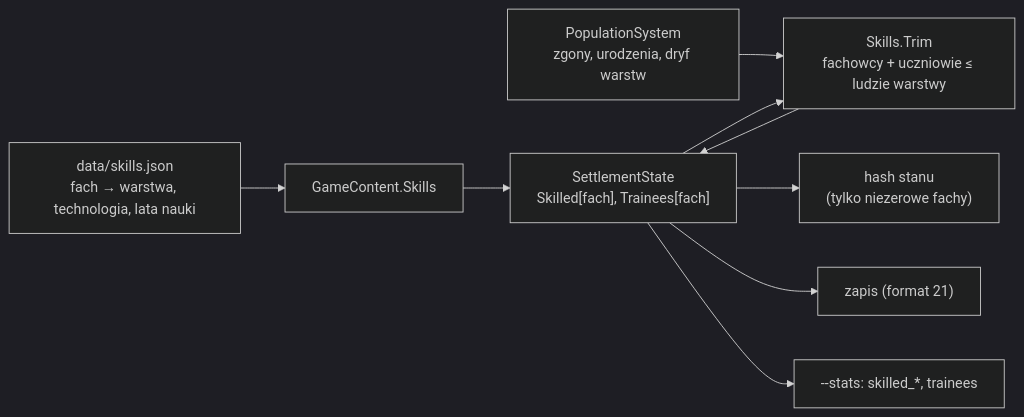
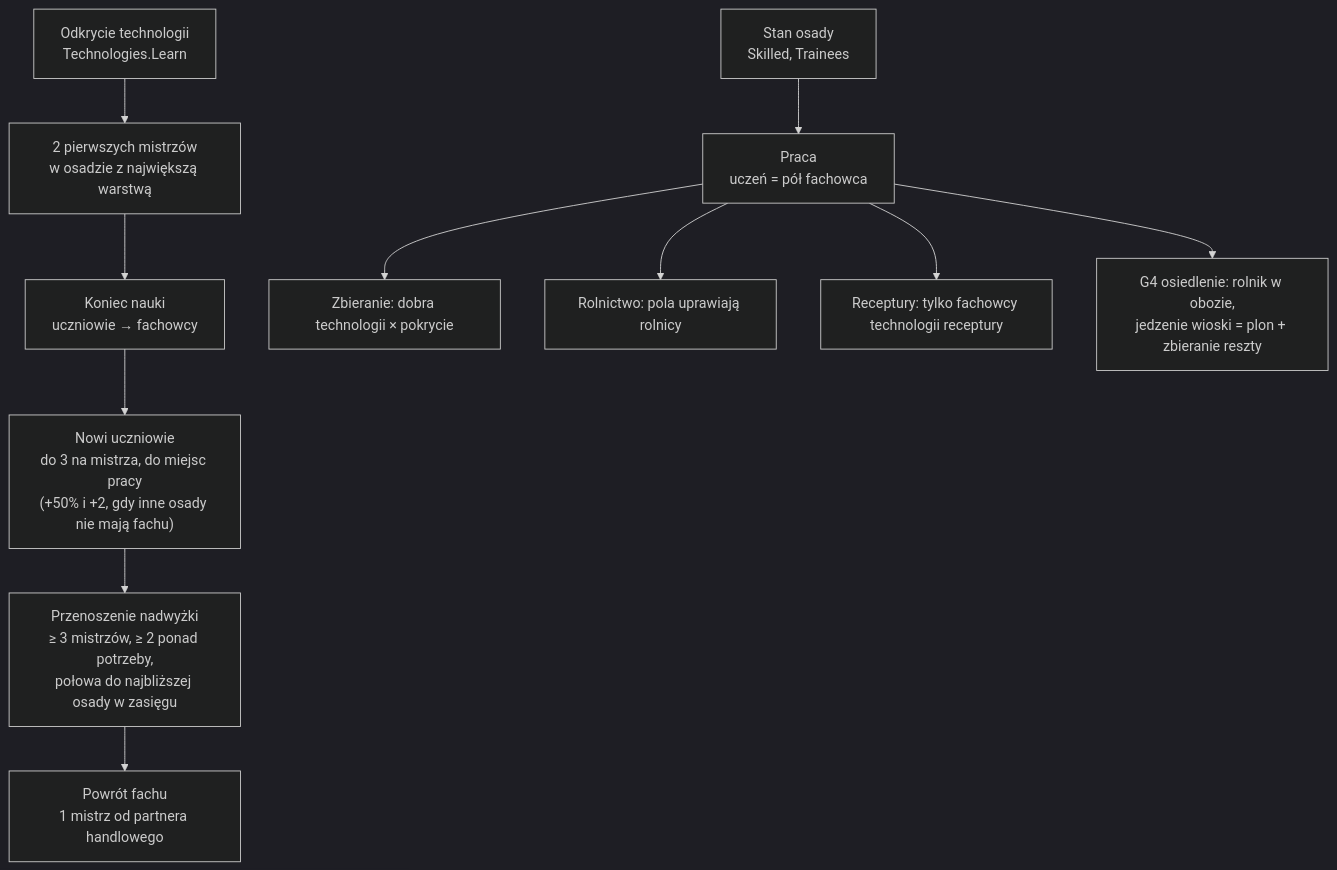
Before and after one commit to CoStellar/CivSim2: the diagram in docs/systems/skills.md, drawn with Mermaid (dark theme). The commit also changed other lines of this file and 12 other files, not shown here.

First line of the commit message:
Stage 4F PR 2: balanced job shares, needy lists for moves, docs, statistics and charts

````diff
--- a/docs/systems/skills.md
+++ b/docs/systems/skills.md
@@ -16,10 +16,13 @@
 ```mermaid
-flowchart LR
-  D["data/skills.json<br/>fach → warstwa, technologia, lata nauki"] --> C["GameContent.Skills"]
-  C --> S["SettlementState<br/>Skilled[fach], Trainees[fach]"]
-  P["PopulationSystem<br/>zgony, urodzenia, dryf warstw"] --> T["Skills.Trim<br/>fachowcy + uczniowie ≤ ludzie warstwy"]
-  S --> T --> S
-  S --> H["hash stanu<br/>(tylko niezerowe fachy)"]
-  S --> Z["zapis (format 21)"]
-  S --> R["--stats: skilled_*, trainees"]
+flowchart TD
+  L["Odkrycie technologii<br/>Technologies.Learn"] --> M["2 pierwszych mistrzów<br/>w osadzie z największą warstwą"]
+  M --> G["Koniec nauki<br/>uczniowie → fachowcy"]
+  G --> A["Nowi uczniowie<br/>do 3 na mistrza, do miejsc pracy<br/>(+50% i +2, gdy inne osady nie mają fachu)"]
+  A --> V["Przenoszenie nadwyżki<br/>≥ 3 mistrzów, ≥ 2 ponad potrzeby,<br/>połowa do najbliższej osady w zasięgu"]
+  V --> B["Powrót fachu<br/>1 mistrz od partnera handlowego"]
+  S["Stan osady<br/>Skilled, Trainees"] --> W["Praca<br/>uczeń = pół fachowca"]
+  W --> Z["Zbieranie: dobra technologii × pokrycie"]
+  W --> R["Rolnictwo: pola uprawiają rolnicy"]
+  W --> P["Receptury: tylko fachowcy technologii receptury"]
+  W --> AI["G4 osiedlenie: rolnik w obozie,<br/>jedzenie wioski = plon + zbieranie reszty"]
 ```
````
